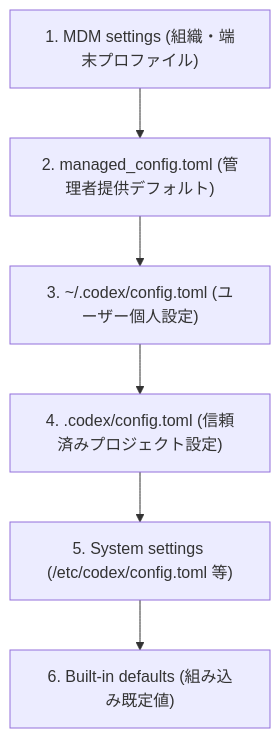
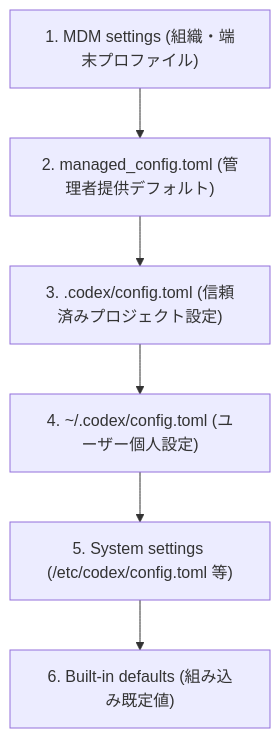
The fourth of 9 diagrams in Openai-codex-best-practices-2026.md (myoshi2891/Comparison-of-LLMs), drawn with Mermaid before and after one commit. The commit also changed other lines of this file, not shown here.

Commit message:
docs(openai-codex-md): correct config hierarchy order to put project config above user config

````diff
--- a/Openai-codex-best-practices-2026.md
+++ b/Openai-codex-best-practices-2026.md
@@ -198,8 +198,8 @@
 ```mermaid
 flowchart TD
     MDM["1. MDM settings (組織・端末プロファイル)"] --> MNG["2. managed_config.toml (管理者提供デフォルト)"]
-    MNG --> USER["3. ~/.codex/config.toml (ユーザー個人設定)"]
-    USER --> PROJ["4. .codex/config.toml (信頼済みプロジェクト設定)"]
-    PROJ --> SYS["5. System settings (/etc/codex/config.toml 等)"]
+    MNG --> PROJ["3. .codex/config.toml (信頼済みプロジェクト設定)"]
+    PROJ --> USER["4. ~/.codex/config.toml (ユーザー個人設定)"]
+    USER --> SYS["5. System settings (/etc/codex/config.toml 等)"]
     SYS --> DEF["6. Built-in defaults (組み込み既定値)"]
 ```
````
